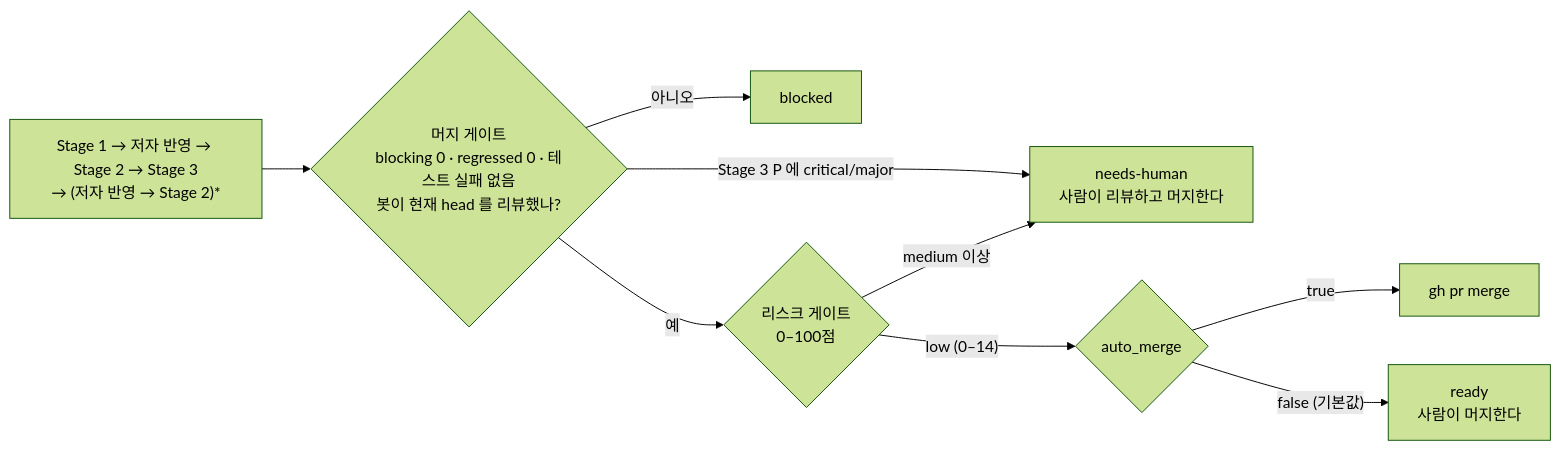
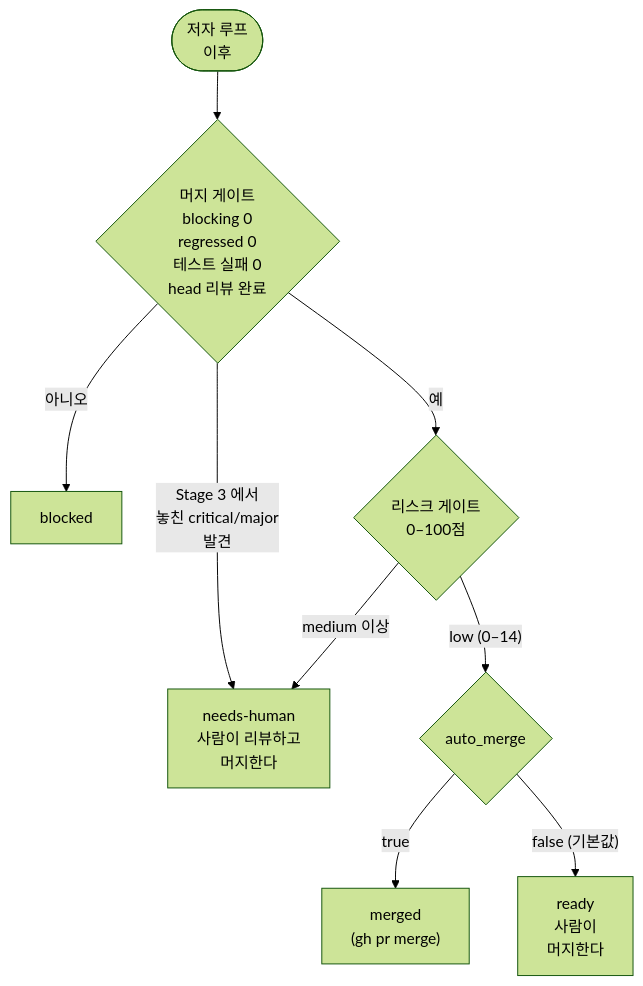
Before and after one commit to thswlsqls/pr-quorum: the second of 4 diagrams in README.ko.md, drawn with Mermaid (forest theme). The commit also changed other lines of this file and 1 other file, not shown here.

Commit message:
docs : [docs/readme-diagrams] Bring the translations up to 12d880f

````diff
--- a/README.ko.md
+++ b/README.ko.md
@@ -27,11 +41,11 @@
 ```mermaid
-flowchart LR
-  C["Stage 1 → 저자 반영 → Stage 2 → Stage 3<br/>→ (저자 반영 → Stage 2)*"] --> MG{"머지 게이트<br/>blocking 0 · regressed 0 · 테스트 실패 없음<br/>봇이 현재 head 를 리뷰했나?"}
+flowchart TD
+  G(["저자 루프<br/>이후"]) --> MG{"머지 게이트<br/>blocking 0<br/>regressed 0<br/>테스트 실패 0<br/>head 리뷰 완료"}
   MG -- "아니오" --> B[blocked]
-  MG -- "Stage 3 P 에 critical/major" --> H
+  MG -- "Stage 3 에서<br/>놓친 critical/major<br/>발견" --> H
   MG -- "예" --> RG{"리스크 게이트<br/>0–100점"}
   RG -- "low (0–14)" --> A{"auto_merge"}
-  A -- true --> M[gh pr merge]
-  A -- "false (기본값)" --> R["ready<br/>사람이 머지한다"]
-  RG -- "medium 이상" --> H["needs-human<br/>사람이 리뷰하고 머지한다"]
+  A -- true --> M["merged<br/>(gh pr merge)"]
+  A -- "false (기본값)" --> R["ready<br/>사람이<br/>머지한다"]
+  RG -- "medium 이상" --> H["needs-human<br/>사람이 리뷰하고<br/>머지한다"]
 ```
````
